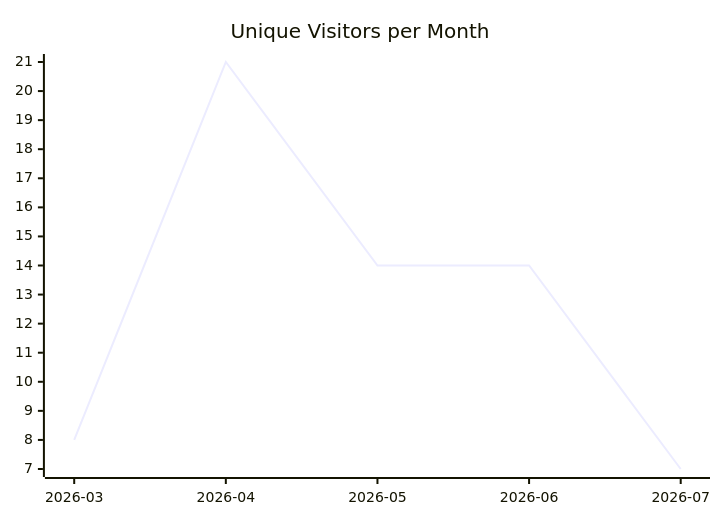
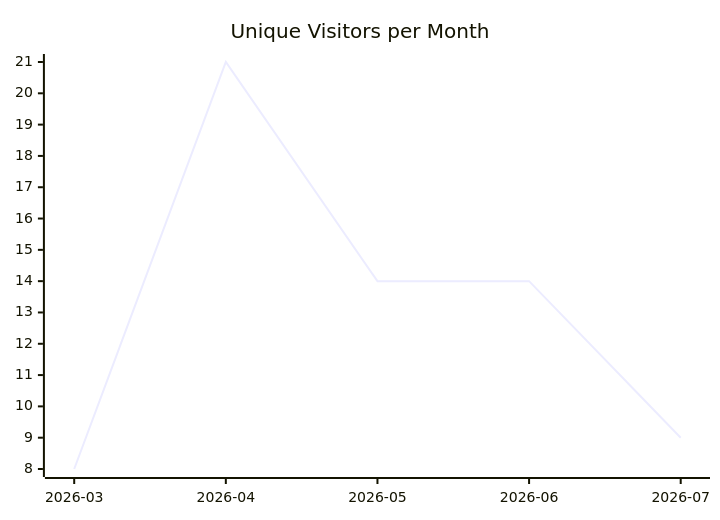
Before and after one commit to justdavis-family/github-analytics-data: the first of 3 diagrams in karlmdavis/ksoap2-android/README.md, drawn with Mermaid. The commit also changed other lines of this file and 193 other files, not shown here.

````diff
--- a/karlmdavis/ksoap2-android/README.md
+++ b/karlmdavis/ksoap2-android/README.md
@@ -5,6 +5,6 @@
 ```mermaid
 xychart-beta
   title "Unique Visitors per Month"
   x-axis ["2026-03", "2026-04", "2026-05", "2026-06", "2026-07"]
-  line [8, 21, 14, 14, 7]
+  line [8, 21, 14, 14, 9]
 ```
````
